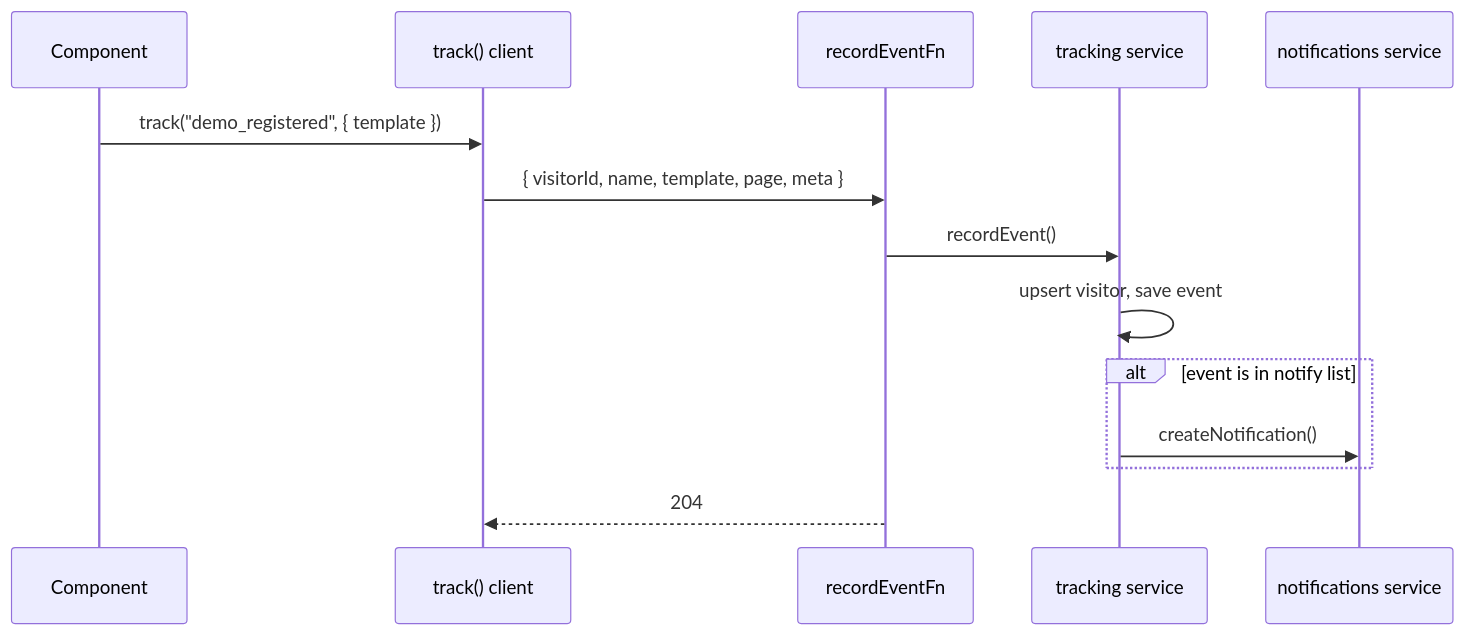
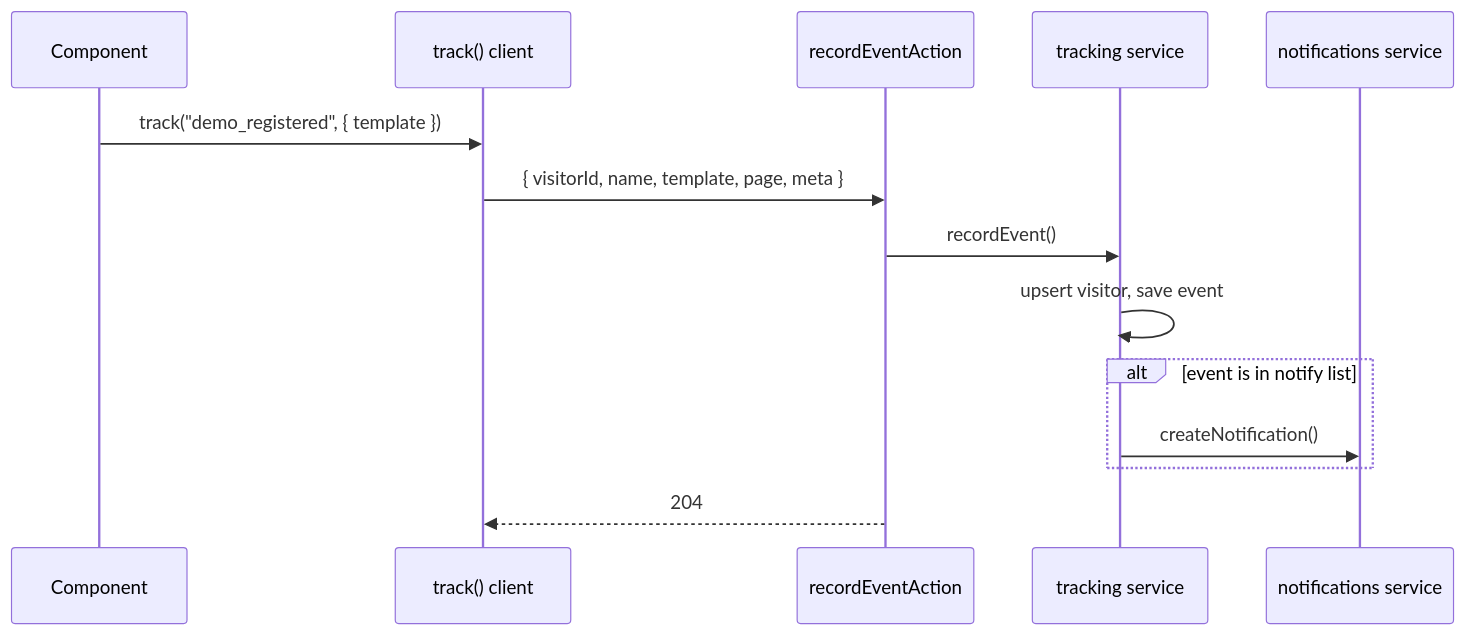
Before and after one commit to AhmedElnagarUU/Demmoss: the diagram in docs/04-data-and-tracking.md, drawn with Mermaid. The commit also changed 19 other files, not shown here.

````diff
--- a/docs/04-data-and-tracking.md
+++ b/docs/04-data-and-tracking.md
@@ -75,16 +75,16 @@
 ```mermaid
 sequenceDiagram
   participant C as Component
   participant T as track() client
-  participant A as recordEventFn
+  participant A as recordEventAction
   participant S as tracking service
   participant N as notifications service
   C->>T: track("demo_registered", { template })
   T->>A: { visitorId, name, template, page, meta }
   A->>S: recordEvent()
   S->>S: upsert visitor, save event
   alt event is in notify list
     S->>N: createNotification()
   end
   A-->>T: 204
 ```
````
